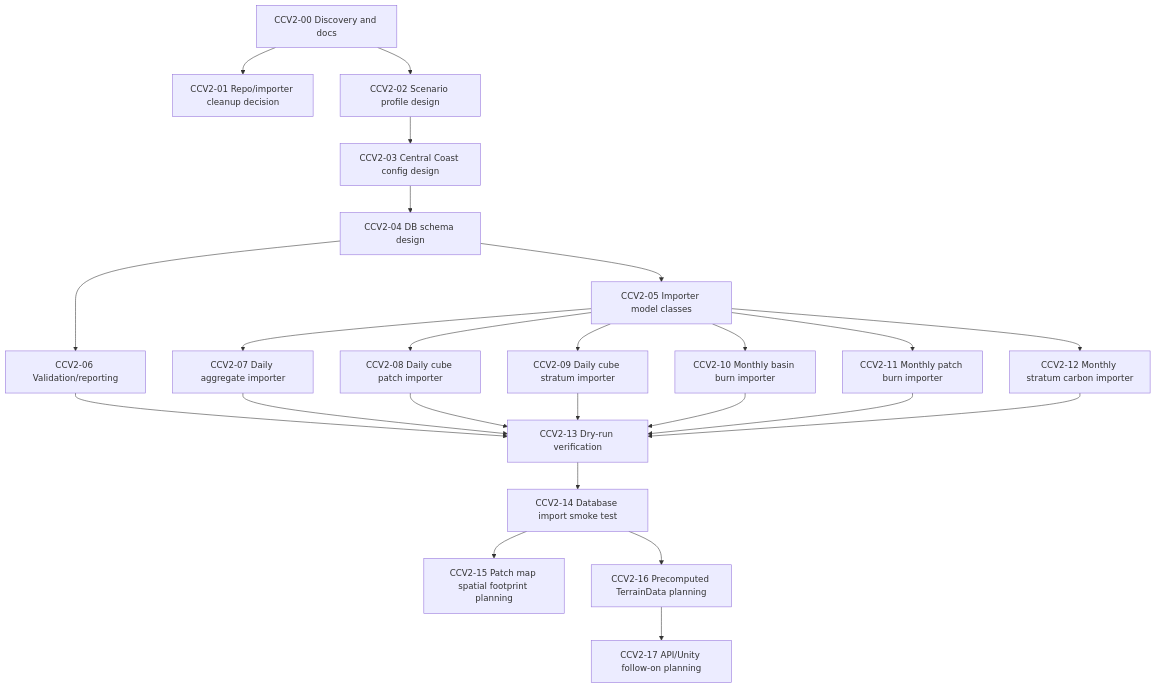
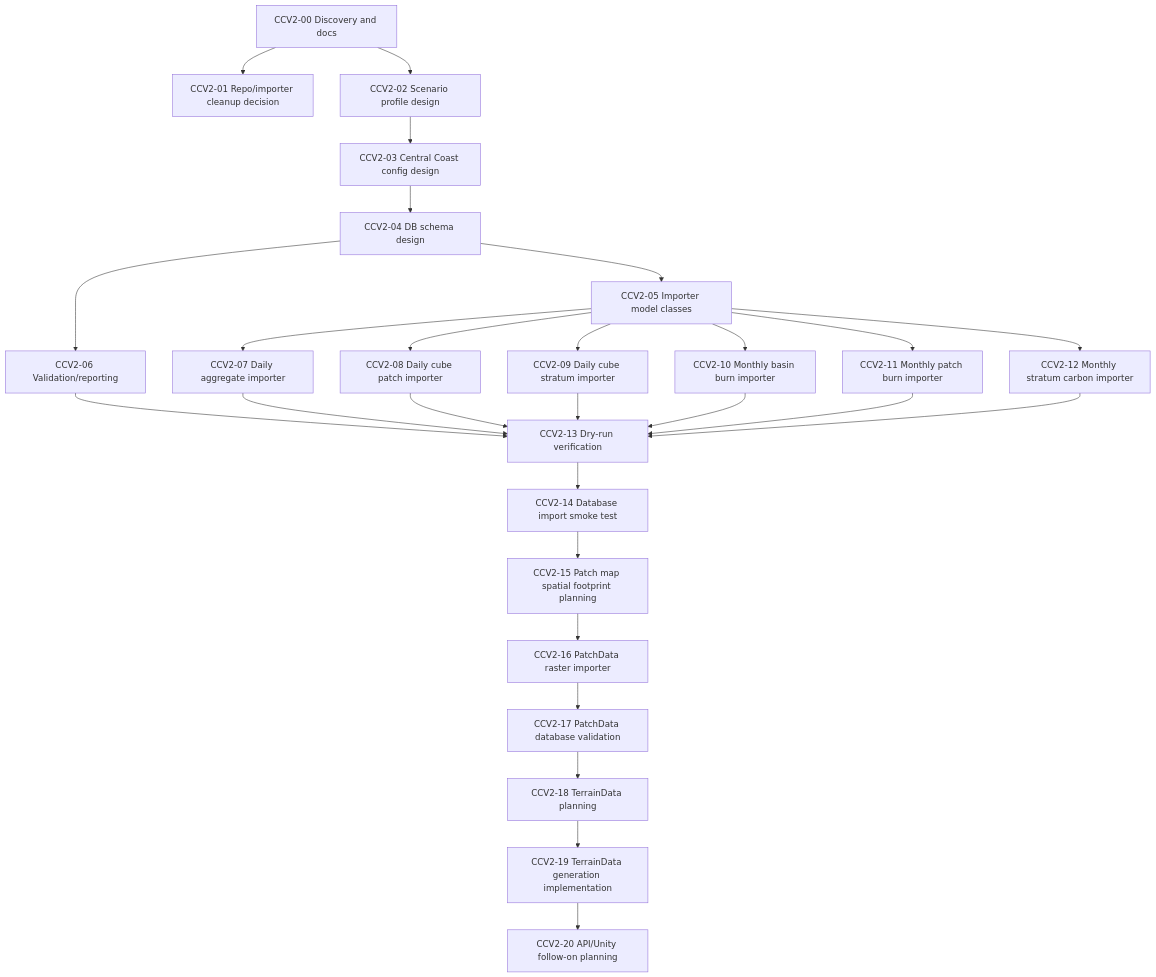
One commit to spatialized/FutureMountain changed the diagram in Tasks/CentralCoastV2_Importer_TaskGraph.md. Above: the diagram before and after it, drawn with Mermaid. The commit also changed other lines of this file, not shown here.

Commit message:
CCV2 task graph: expand CCV2-16..20, fix mojibake in CCV2-15 notes

````diff
--- a/Tasks/CentralCoastV2_Importer_TaskGraph.md
+++ b/Tasks/CentralCoastV2_Importer_TaskGraph.md
@@ -55,45 +58,51 @@
 ```mermaid
 flowchart TD
   CCV2_00["CCV2-00 Discovery and docs"]
   CCV2_01["CCV2-01 Repo/importer cleanup decision"]
   CCV2_02["CCV2-02 Scenario profile design"]
   CCV2_03["CCV2-03 Central Coast config design"]
   CCV2_04["CCV2-04 DB schema design"]
   CCV2_05["CCV2-05 Importer model classes"]
   CCV2_06["CCV2-06 Validation/reporting"]
   CCV2_07["CCV2-07 Daily aggregate importer"]
   CCV2_08["CCV2-08 Daily cube patch importer"]
   CCV2_09["CCV2-09 Daily cube stratum importer"]
   CCV2_10["CCV2-10 Monthly basin burn importer"]
   CCV2_11["CCV2-11 Monthly patch burn importer"]
   CCV2_12["CCV2-12 Monthly stratum carbon importer"]
   CCV2_13["CCV2-13 Dry-run verification"]
   CCV2_14["CCV2-14 Database import smoke test"]
   CCV2_15["CCV2-15 Patch map spatial footprint planning"]
-  CCV2_16["CCV2-16 Precomputed TerrainData planning"]
-  CCV2_17["CCV2-17 API/Unity follow-on planning"]
+  CCV2_16["CCV2-16 PatchData raster importer"]
+  CCV2_17["CCV2-17 PatchData database validation"]
+  CCV2_18["CCV2-18 TerrainData planning"]
+  CCV2_19["CCV2-19 TerrainData generation implementation"]
+  CCV2_20["CCV2-20 API/Unity follow-on planning"]
 
   CCV2_00 --> CCV2_01
   CCV2_00 --> CCV2_02
   CCV2_02 --> CCV2_03
   CCV2_03 --> CCV2_04
   CCV2_04 --> CCV2_05
   CCV2_04 --> CCV2_06
   CCV2_05 --> CCV2_07
   CCV2_05 --> CCV2_08
   CCV2_05 --> CCV2_09
   CCV2_05 --> CCV2_10
   CCV2_05 --> CCV2_11
   CCV2_05 --> CCV2_12
   CCV2_06 --> CCV2_13
   CCV2_07 --> CCV2_13
   CCV2_08 --> CCV2_13
   CCV2_09 --> CCV2_13
   CCV2_10 --> CCV2_13
   CCV2_11 --> CCV2_13
   CCV2_12 --> CCV2_13
   CCV2_13 --> CCV2_14
   CCV2_14 --> CCV2_15
-  CCV2_14 --> CCV2_16
+  CCV2_15 --> CCV2_16
   CCV2_16 --> CCV2_17
+  CCV2_17 --> CCV2_18
+  CCV2_18 --> CCV2_19
+  CCV2_19 --> CCV2_20
 ```
````
